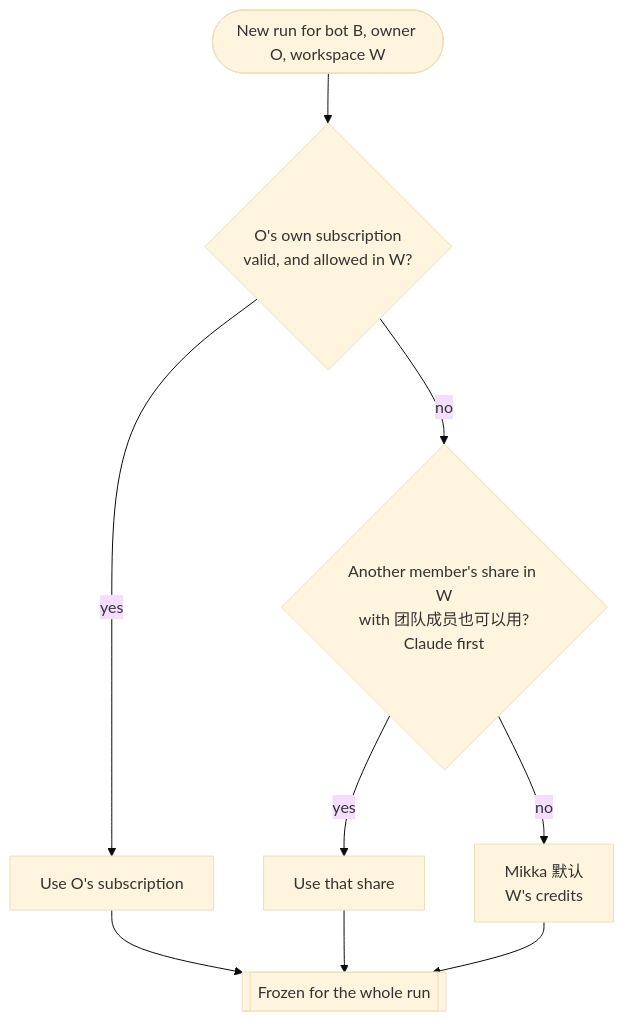
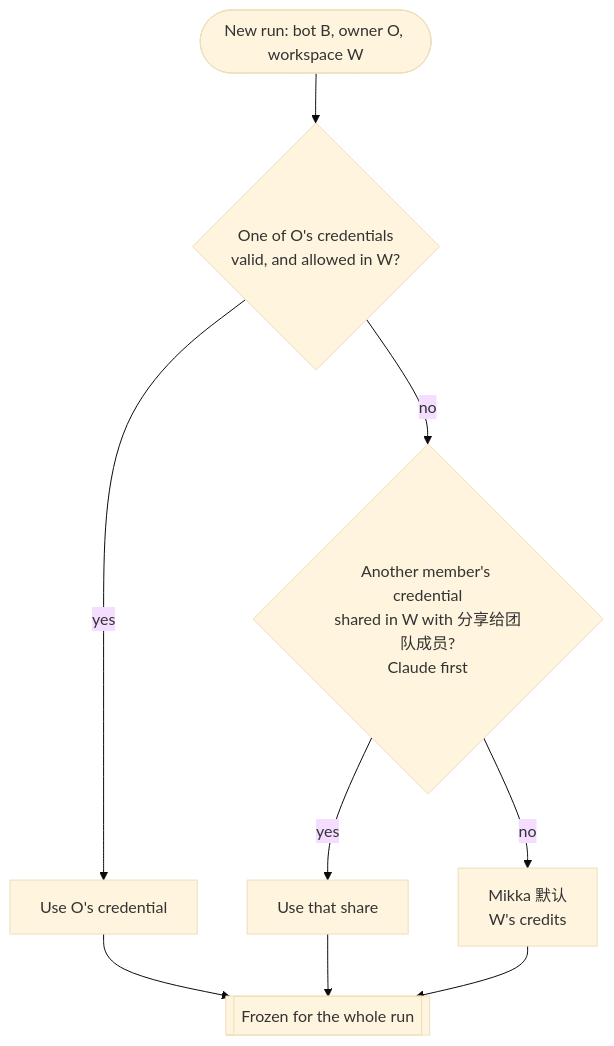
One commit to alexj11324/Mikka changed the first of 2 diagrams in docs/design/orchestration.md. Above: the diagram before and after it, drawn with Mermaid (base theme). The commit also changed other lines of this file and 6 other files, not shown here.

````diff
--- a/docs/design/orchestration.md
+++ b/docs/design/orchestration.md
@@ -41,11 +43,11 @@
 ```mermaid
 flowchart TD
-  start([New run for bot B, owner O, workspace W]) --> own{O's own subscription<br/>valid, and allowed in W?}
-  own -- yes --> sub[Use O's subscription]
-  own -- no --> share{Another member's share in W<br/>with 团队成员也可以用?<br/>Claude first}
+  start([New run: bot B, owner O, workspace W]) --> own{One of O's credentials<br/>valid, and allowed in W?}
+  own -- yes --> mine[Use O's credential]
+  own -- no --> share{Another member's credential<br/>shared in W with 分享给团队成员?<br/>Claude first}
   share -- yes --> other[Use that share]
   share -- no --> hosted[Mikka 默认<br/>W's credits]
-  sub --> freeze[[Frozen for the whole run]]
+  mine --> freeze[[Frozen for the whole run]]
   other --> freeze
   hosted --> freeze
 ```
````
